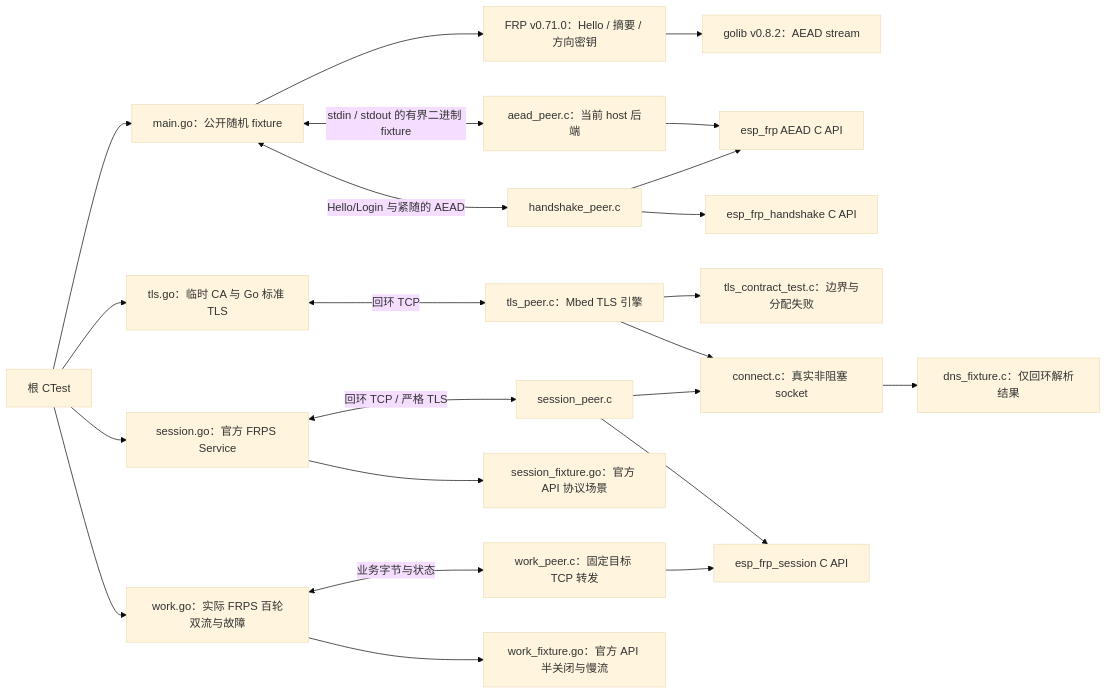
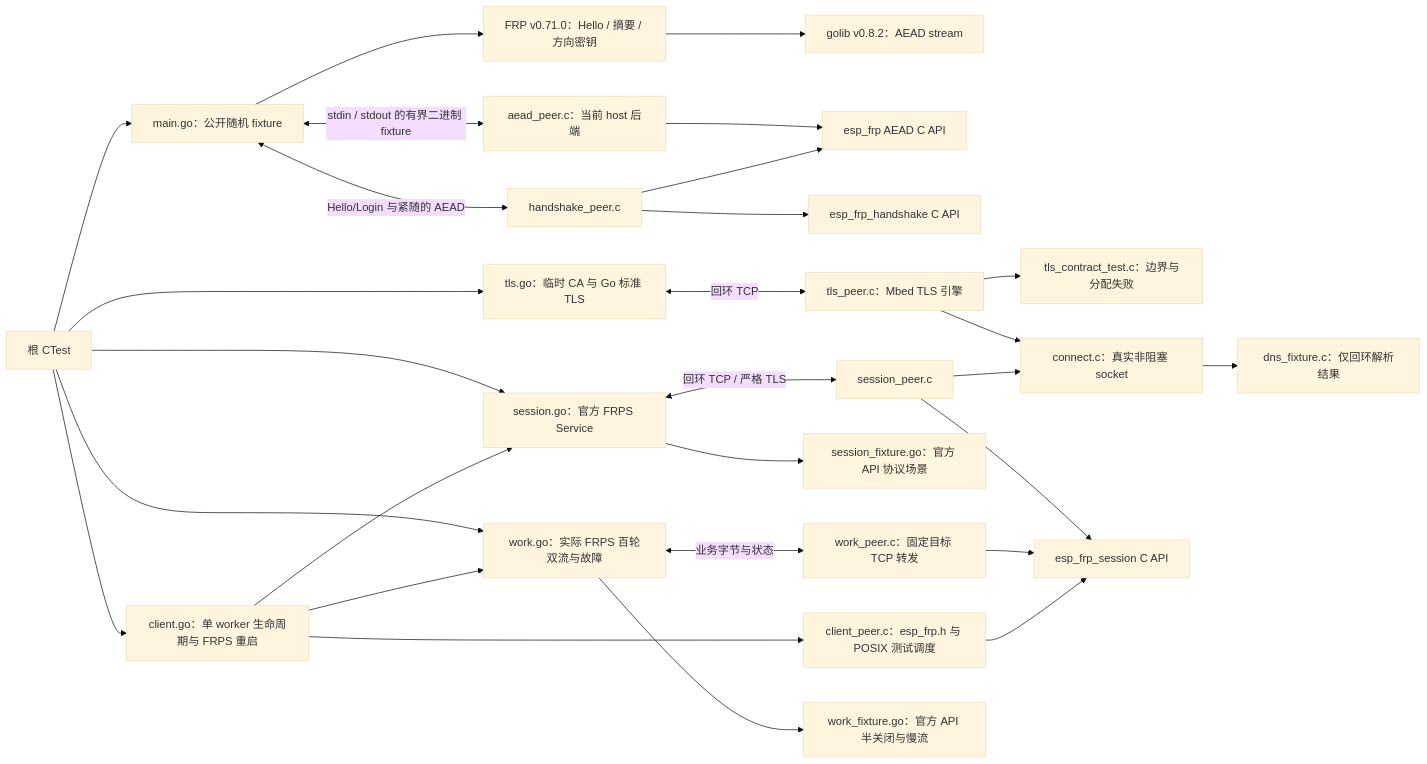
One commit to darren-you/esp-frp changed the diagram in tests/crypto-interop/README.md. Above: the diagram before and after it, drawn with Mermaid (base theme). The commit also changed other lines of this file and 32 other files, not shown here.

````diff
--- a/tests/crypto-interop/README.md
+++ b/tests/crypto-interop/README.md
@@ -5,25 +5,30 @@
 ```mermaid
 flowchart LR
     root["根 CTest"] --> go["main.go：公开随机 fixture"]
     go --> frp["FRP v0.71.0：Hello / 摘要 / 方向密钥"]
     frp --> lib["golib v0.8.2：AEAD stream"]
     go <-->|"stdin / stdout 的有界二进制 fixture"| peer["aead_peer.c：当前 host 后端"]
     peer --> core["esp_frp AEAD C API"]
     go <-->|"Hello/Login 与紧随的 AEAD"| handshake["handshake_peer.c"]
     handshake --> session["esp_frp_handshake C API"]
     handshake --> core
     root --> tls["tls.go：临时 CA 与 Go 标准 TLS"]
     tls <-->|"回环 TCP"| tp["tls_peer.c：Mbed TLS 引擎"]
     tp --> tc["tls_contract_test.c：边界与分配失败"]
     tp --> socket["connect.c：真实非阻塞 socket"]
     socket --> fixture["dns_fixture.c：仅回环解析结果"]
     root --> control["session.go：官方 FRPS Service"]
     control <-->|"回环 TCP / 严格 TLS"| sp["session_peer.c"]
     sp --> composed["esp_frp_session C API"]
     sp --> socket
     control --> faults["session_fixture.go：官方 API 协议场景"]
     root --> work["work.go：实际 FRPS 百轮双流与故障"]
     work <-->|"业务字节与状态"| wp["work_peer.c：固定目标 TCP 转发"]
     wp --> composed
+    root --> client["client.go：单 worker 生命周期与 FRPS 重启"]
+    client --> worker["client_peer.c：esp_frp.h 与 POSIX 测试调度"]
+    worker --> composed
+    client --> control
+    client --> work
     work --> wf["work_fixture.go：官方 API 半关闭与慢流"]
 ```
````
